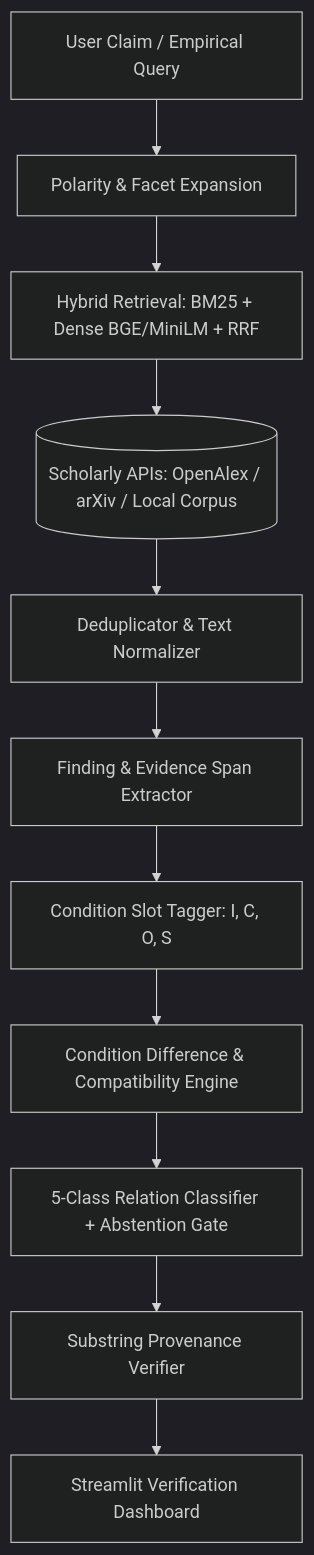
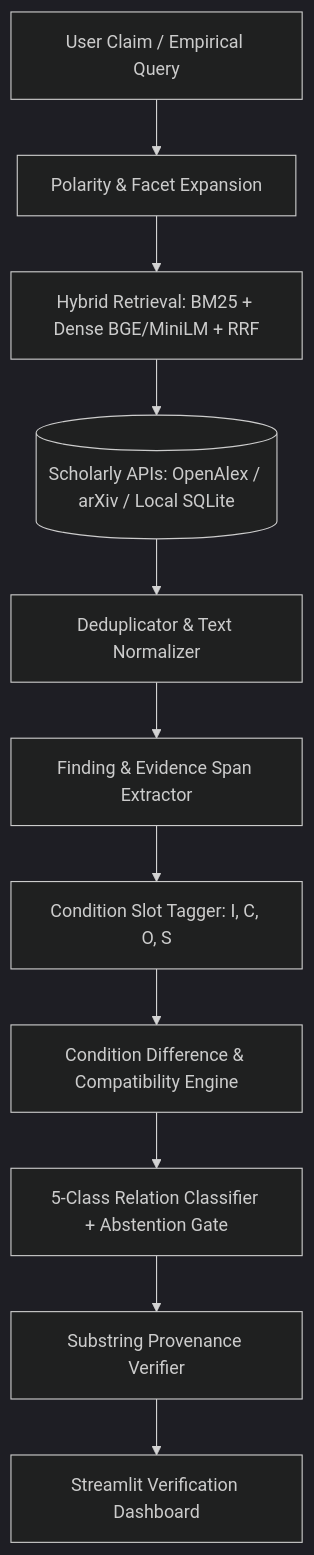
The diagram in README.md (tanishqkr/research-lens), drawn with Mermaid (dark theme) before and after one commit. The commit also changed other lines of this file and 41 other files, not shown here.

````diff
--- a/README.md
+++ b/README.md
@@ -20,13 +23,13 @@
 ```mermaid
 flowchart TD
-    Q[User Claim / Empirical Query] --> PE[Polarity & Facet Expansion]
-    PE --> Ret[Hybrid Retrieval: BM25 + Dense BGE/MiniLM + RRF]
-    Ret --> Lit[(Scholarly APIs: OpenAlex / arXiv / Local Corpus)]
-    Lit --> Dedup[Deduplicator & Text Normalizer]
-    Dedup --> Ext[Finding & Evidence Span Extractor]
-    Ext --> Slot[Condition Slot Tagger: I, C, O, S]
-    Slot --> Diff[Condition Difference & Compatibility Engine]
-    Diff --> Clf[5-Class Relation Classifier + Abstention Gate]
-    Clf --> Prov[Substring Provenance Verifier]
-    Prov --> UI[Streamlit Verification Dashboard]
+    Q["User Claim / Empirical Query"] --> PE["Polarity & Facet Expansion"]
+    PE --> Ret["Hybrid Retrieval: BM25 + Dense BGE/MiniLM + RRF"]
+    Ret --> Lit[("Scholarly APIs: OpenAlex / arXiv / Local SQLite")]
+    Lit --> Dedup["Deduplicator & Text Normalizer"]
+    Dedup --> Ext["Finding & Evidence Span Extractor"]
+    Ext --> Slot["Condition Slot Tagger: I, C, O, S"]
+    Slot --> Diff["Condition Difference & Compatibility Engine"]
+    Diff --> Clf["5-Class Relation Classifier + Abstention Gate"]
+    Clf --> Prov["Substring Provenance Verifier"]
+    Prov --> UI["Streamlit Verification Dashboard"]
 ```
````
